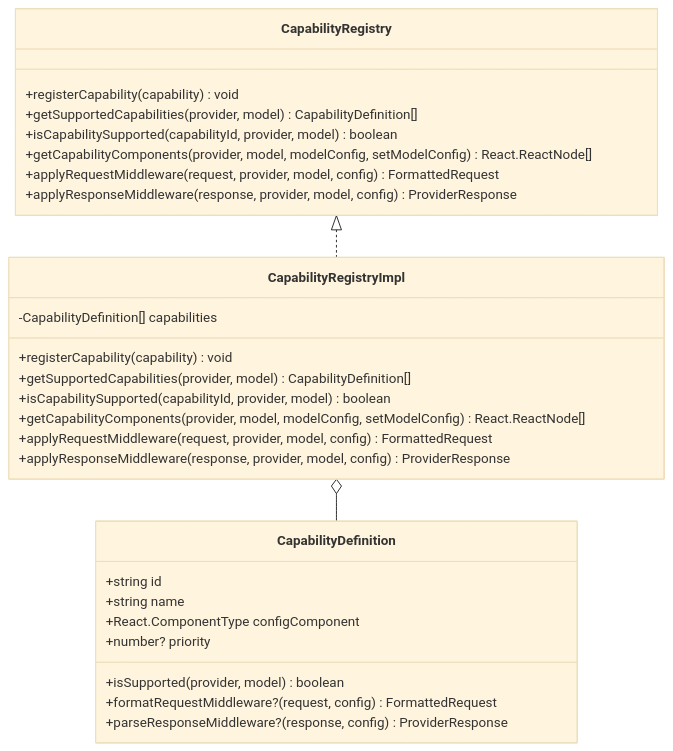
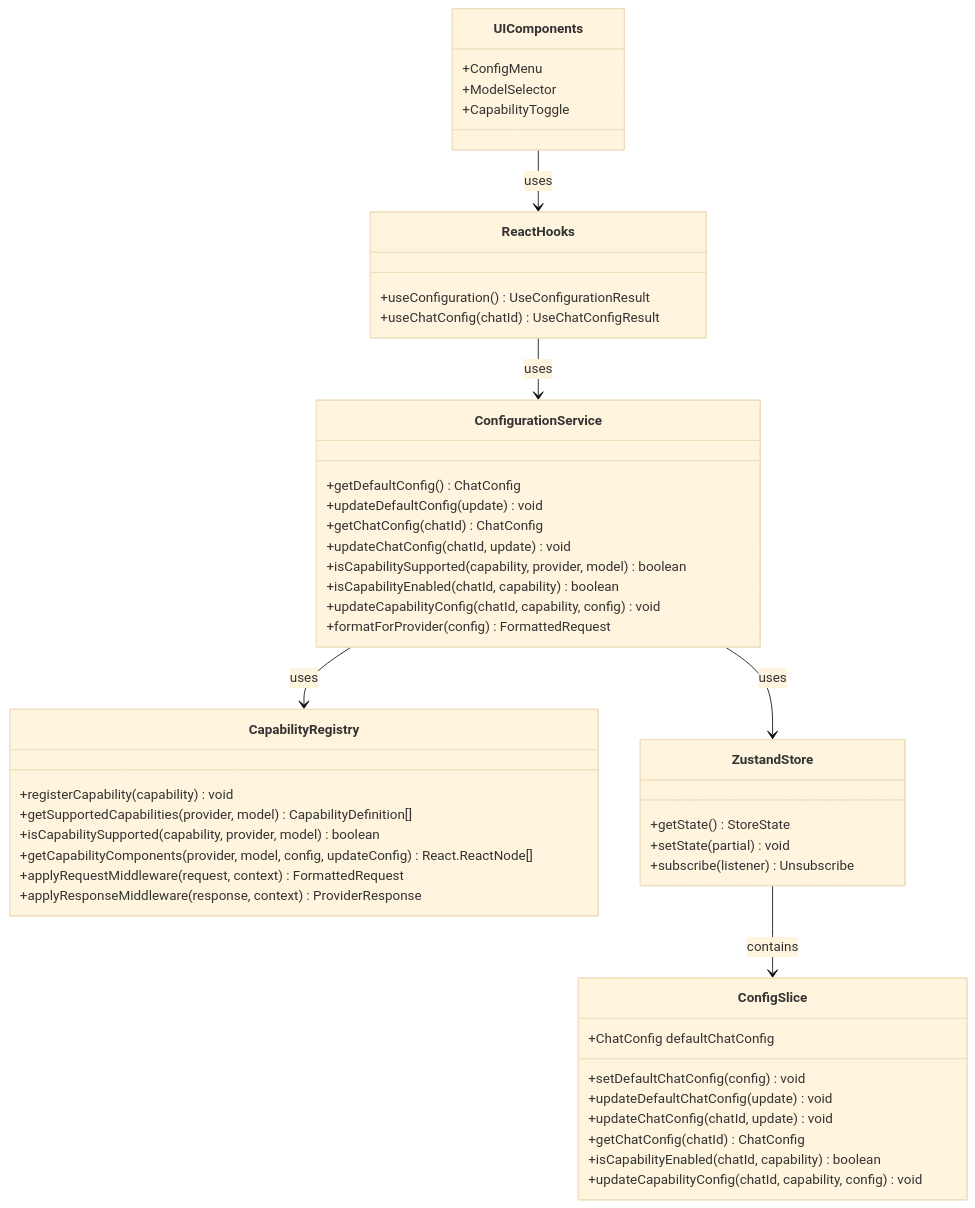
The second of 2 diagrams in doc_interfaces.md (m1981/mychat), drawn with Mermaid (base theme) before and after one commit. The commit also changed other lines of this file and 8 other files, not shown here.

````diff
--- a/doc_interfaces.md
+++ b/doc_interfaces.md
@@ -945,34 +815,55 @@
 ```mermaid
 classDiagram
-    class CapabilityDefinition {
-        +string id
-        +string name
-        +isSupported(provider, model) boolean
-        +React.ComponentType configComponent
-        +number? priority
-        +formatRequestMiddleware?(request, config) FormattedRequest
-        +parseResponseMiddleware?(response, config) ProviderResponse
+    class ConfigSlice {
+        +ChatConfig defaultChatConfig
+        +setDefaultChatConfig(config) void
+        +updateDefaultChatConfig(update) void
+        +updateChatConfig(chatId, update) void
+        +getChatConfig(chatId) ChatConfig
+        +isCapabilityEnabled(chatId, capability) boolean
+        +updateCapabilityConfig(chatId, capability, config) void
+    }
+    
+    class ConfigurationService {
+        +getDefaultConfig() ChatConfig
+        +updateDefaultConfig(update) void
+        +getChatConfig(chatId) ChatConfig
+        +updateChatConfig(chatId, update) void
+        +isCapabilitySupported(capability, provider, model) boolean
+        +isCapabilityEnabled(chatId, capability) boolean
+        +updateCapabilityConfig(chatId, capability, config) void
+        +formatForProvider(config) FormattedRequest
     }
     
     class CapabilityRegistry {
         +registerCapability(capability) void
         +getSupportedCapabilities(provider, model) CapabilityDefinition[]
-        +isCapabilitySupported(capabilityId, provider, model) boolean
-        +getCapabilityComponents(provider, model, modelConfig, setModelConfig) React.ReactNode[]
-        +applyRequestMiddleware(request, provider, model, config) FormattedRequest
-        +applyResponseMiddleware(response, provider, model, config) ProviderResponse
+        +isCapabilitySupported(capability, provider, model) boolean
+        +getCapabilityComponents(provider, model, config, updateConfig) React.ReactNode[]
+        +applyRequestMiddleware(request, context) FormattedRequest
+        +applyResponseMiddleware(response, context) ProviderResponse
     }
     
-    class CapabilityRegistryImpl {
-        -CapabilityDefinition[] capabilities
-        +registerCapability(capability) void
-        +getSupportedCapabilities(provider, model) CapabilityDefinition[]
-        +isCapabilitySupported(capabilityId, provider, model) boolean
-        +getCapabilityComponents(provider, model, modelConfig, setModelConfig) React.ReactNode[]
-        +applyRequestMiddleware(request, provider, model, config) FormattedRequest
-        +applyResponseMiddleware(response, provider, model, config) ProviderResponse
+    class ZustandStore {
+        +getState() StoreState
+        +setState(partial) void
+        +subscribe(listener) Unsubscribe
     }
     
-    CapabilityRegistry <|.. CapabilityRegistryImpl
-    CapabilityRegistryImpl o-- CapabilityDefinition
+    class ReactHooks {
+        +useConfiguration() UseConfigurationResult
+        +useChatConfig(chatId) UseChatConfigResult
+    }
+    
+    class UIComponents {
+        +ConfigMenu
+        +ModelSelector
+        +CapabilityToggle
+    }
+    
+    ZustandStore --> ConfigSlice : contains
+    ConfigurationService --> ZustandStore : uses
+    ConfigurationService --> CapabilityRegistry : uses
+    ReactHooks --> ConfigurationService : uses
+    UIComponents --> ReactHooks : uses
 ```
````
